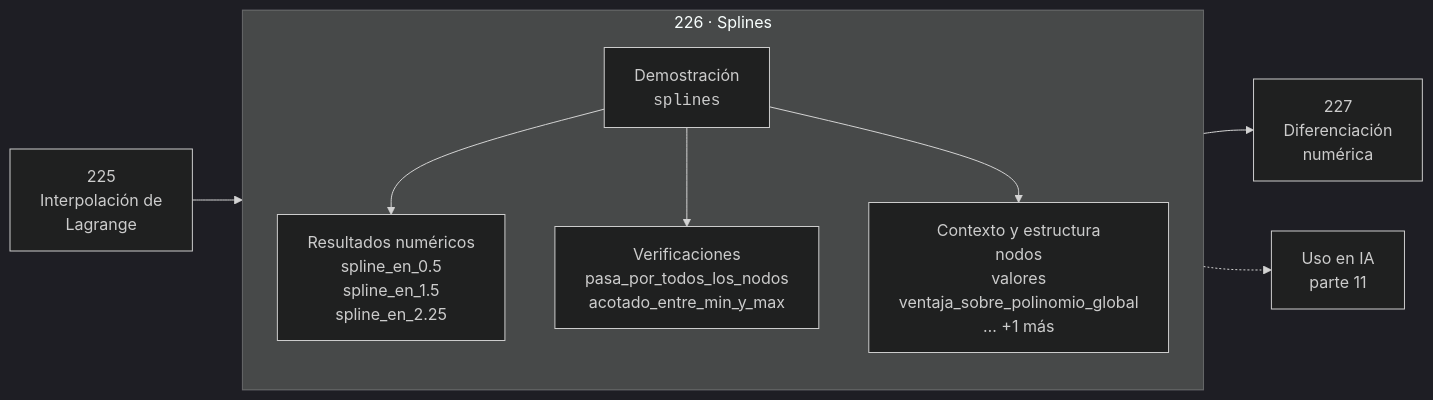
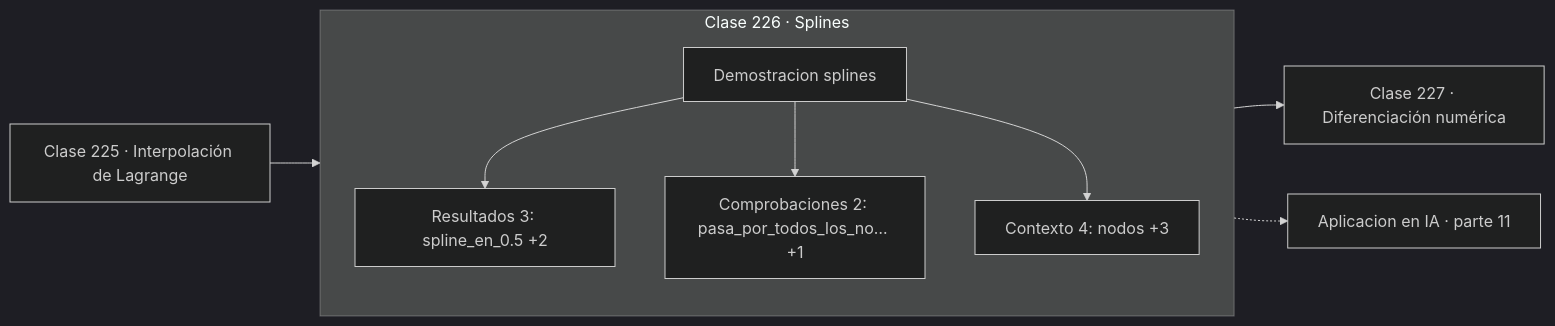
One commit to vladimiracunadev-create/computational-mathematics-program changed the diagram in classes/part-11-metodos-numericos-y-computacion-cientifica/226-splines/README.md. Above: the diagram before and after it, drawn with Mermaid (dark theme). The commit also changed 389 other files, not shown here.

First line of the commit message:
fix(diagramas): elimina el HTML de las etiquetas Mermaid

````diff
--- a/classes/part-11-metodos-numericos-y-computacion-cientifica/226-splines/README.md
+++ b/classes/part-11-metodos-numericos-y-computacion-cientifica/226-splines/README.md
@@ -30,12 +30,13 @@
 ```mermaid
 flowchart LR
-    P["225<br/>Interpolación de<br/>Lagrange"] --> C
-    subgraph C["226 · Splines"]
+    P["Clase 225 · Interpolación de Lagrange"] --> D
+    subgraph CLASE["Clase 226 · Splines"]
         direction TB
-        D["Demostración<br/><code>splines</code>"] --> R["Resultados numéricos<br/>spline_en_0.5<br/>spline_en_1.5<br/>spline_en_2.25"]
-        D --> V["Verificaciones<br/>pasa_por_todos_los_nodos<br/>acotado_entre_min_y_max"]
-        D --> O["Contexto y estructura<br/>nodos<br/>valores<br/>ventaja_sobre_polinomio_global<br/>… +1 más"]
+        D["Demostracion splines"]
+        D --> R["Resultados 3: spline_en_0.5 +2"]
+        D --> V["Comprobaciones 2: pasa_por_todos_los_no… +1"]
+        D --> O["Contexto 4: nodos +3"]
     end
-    C --> N["227<br/>Diferenciación<br/>numérica"]
-    C -.-> IA["Uso en IA<br/>parte 11"]
+    R --> N["Clase 227 · Diferenciación numérica"]
+    V -.-> IA["Aplicacion en IA · parte 11"]
 ```
````
